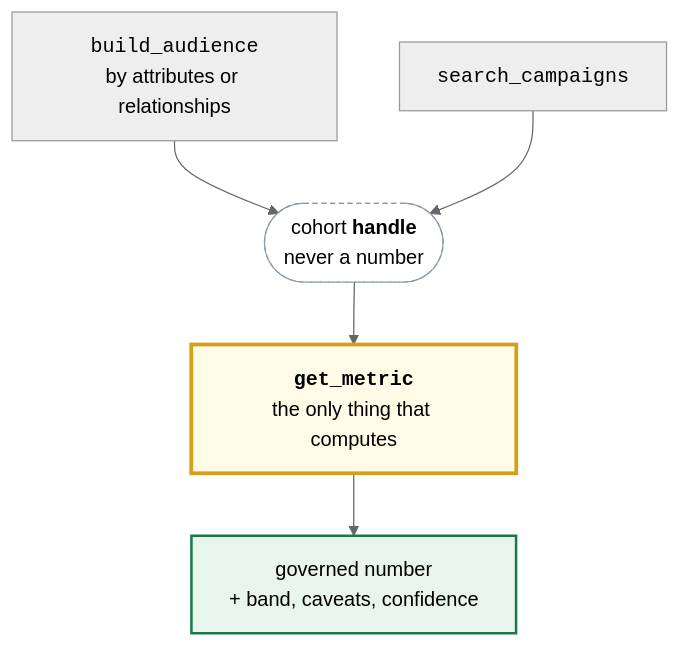
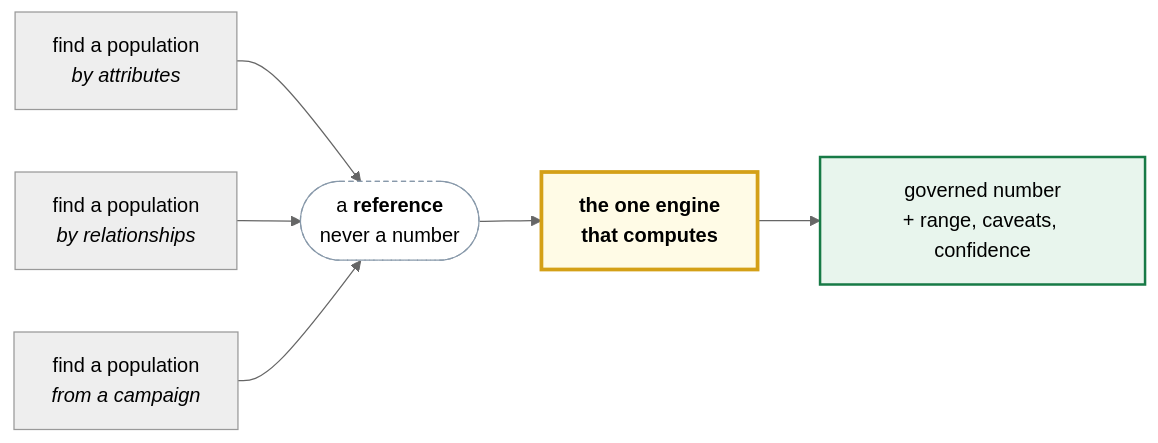
The third of 3 diagrams in README.md (benkohcc/semantic-layer-for-ai-agents), drawn with Mermaid (neutral theme) before and after one commit. The commit also changed other lines of this file, not shown here.

````diff
--- a/README.md
+++ b/README.md
@@ -280,11 +231,12 @@
 ```mermaid
-flowchart TB
-    B["<code>build_audience</code><br/>by attributes or relationships"] --> H
-    S["<code>search_campaigns</code>"] --> H
-    H(["cohort <b>handle</b><br/>never a number"]) --> M["<b><code>get_metric</code></b><br/>the only thing that computes"]
-    M --> N["governed number<br/>+ band, caveats, confidence"]
+flowchart LR
+    A["find a population<br/><i>by attributes</i>"] --> H
+    B["find a population<br/><i>by relationships</i>"] --> H
+    C["find a population<br/><i>from a campaign</i>"] --> H
+    H(["a <b>reference</b><br/>never a number"]) --> M["<b>the one engine<br/>that computes</b>"]
+    M --> N["governed number<br/>+ range, caveats, confidence"]
 
     style M fill:#fffbe6,stroke:#d4a017,stroke-width:3px
     style H fill:#ffffff,stroke:#8899aa,stroke-dasharray: 4 3
     style N fill:#e8f5ed,stroke:#177a46,stroke-width:2px
 ```
````
